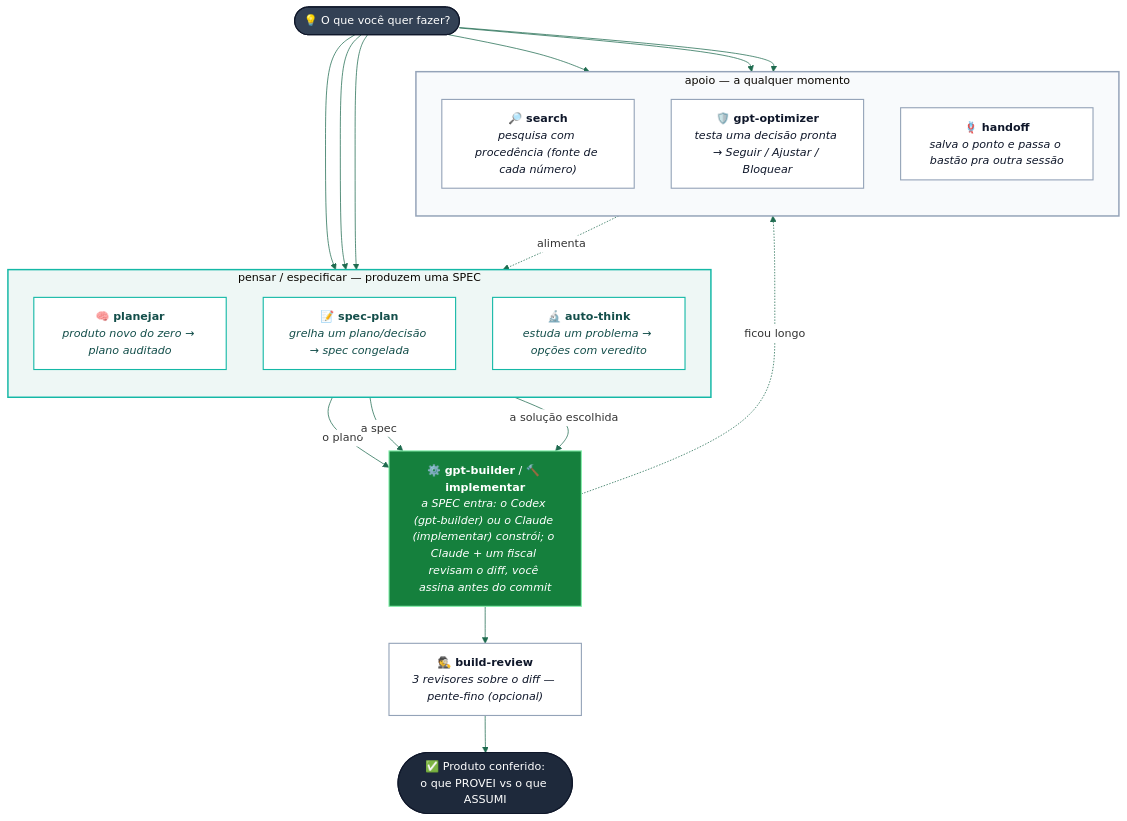
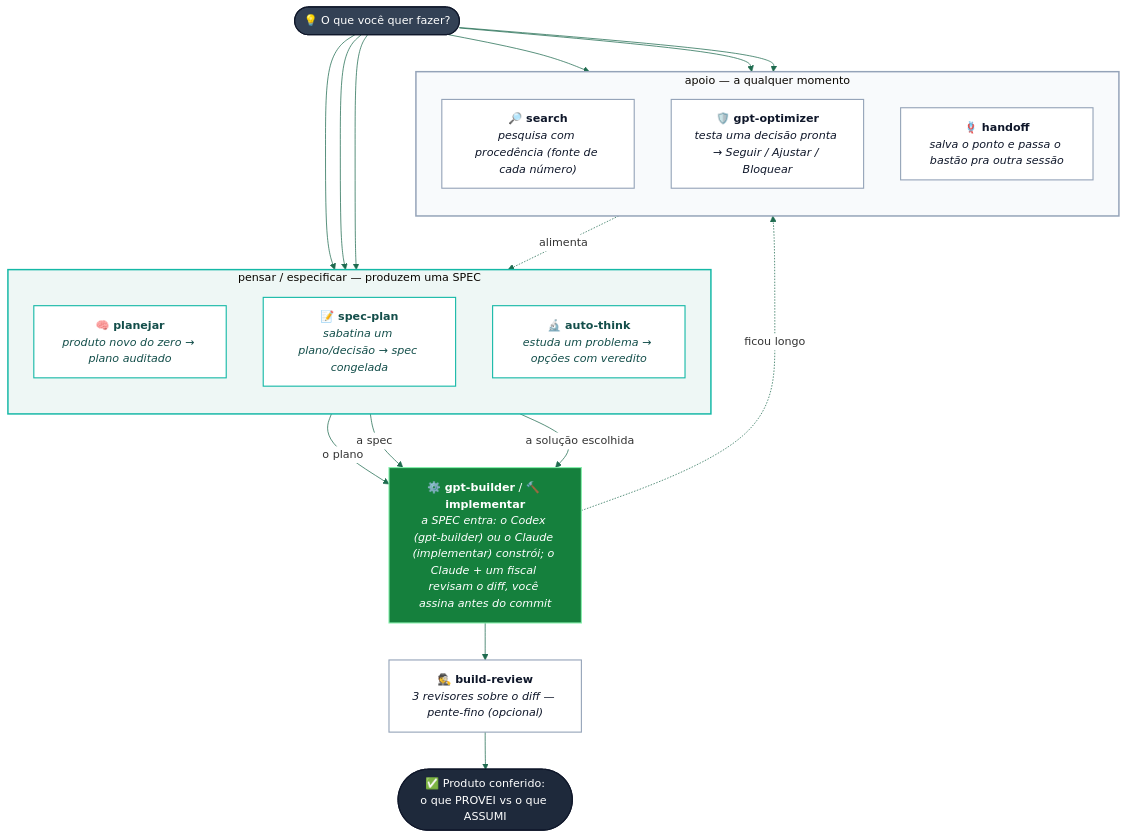
Before and after one commit to cassianodiniz/Titan: the diagram in README.md, drawn with Mermaid. The commit also changed other lines of this file and 9 other files, not shown here.

First line of the commit message:
Sincroniza spec-plan/implementar, remove legado "grelhar" e corrige docs (v2.3.0)

````diff
--- a/README.md
+++ b/README.md
@@ -91,49 +91,49 @@
 ```mermaid
 %%{init: {'theme':'base', 'themeVariables': {
   'fontSize':'15px',
   'fontFamily':'Helvetica, Arial, sans-serif',
   'lineColor':'#1f6b4f',
   'edgeLabelBackground':'#ffffff'
 }}}%%
 flowchart TD
     START(["💡 O que você quer fazer?"])
 
     subgraph PENSAR["pensar / especificar — produzem uma SPEC"]
         direction TB
         P["<b>🧠 planejar</b><br/><i>produto novo do zero → plano auditado</i>"]
-        SP["<b>📝 spec-plan</b><br/><i>grelha um plano/decisão → spec congelada</i>"]
+        SP["<b>📝 spec-plan</b><br/><i>sabatina um plano/decisão → spec congelada</i>"]
         AT["<b>🔬 auto-think</b><br/><i>estuda um problema → opções com veredito</i>"]
     end
 
     GB["<b>⚙️ gpt-builder</b> / <b>🔨 implementar</b><br/><i>a SPEC entra: o Codex (gpt-builder) ou o Claude (implementar) constrói; o Claude + um fiscal revisam o diff, você assina antes do commit</i>"]
 
     subgraph APOIO["apoio — a qualquer momento"]
         direction TB
         SE["<b>🔎 search</b><br/><i>pesquisa com procedência (fonte de cada número)</i>"]
         GO["<b>🛡️ gpt-optimizer</b><br/><i>testa uma decisão pronta → Seguir / Ajustar / Bloquear</i>"]
         HO["<b>🪢 handoff</b><br/><i>salva o ponto e passa o bastão pra outra sessão</i>"]
     end
 
     START --> P & SP & AT
     START --> SE & GO & HO
     P -->|"o plano"| GB
     SP -->|"a spec"| GB
     AT -->|"a solução escolhida"| GB
     GB --> BR["<b>🕵️ build-review</b><br/><i>3 revisores sobre o diff — pente-fino (opcional)</i>"]
     BR --> DONE(["✅ Produto conferido:<br/>o que PROVEI vs o que ASSUMI"])
     GB -. "ficou longo" .-> HO
     SE -. "alimenta" .-> PENSAR
 
     classDef think fill:#ffffff,color:#134e4a,stroke:#14b8a6,stroke-width:1.5px;
     classDef build fill:#15803d,color:#ffffff,stroke:#86efac,stroke-width:1.5px;
     classDef help fill:#ffffff,color:#0f172a,stroke:#94a3b8,stroke-width:1.5px;
     classDef start fill:#334155,color:#ffffff,stroke:#0f172a,stroke-width:1.5px;
     classDef fim fill:#1e293b,color:#ffffff,stroke:#0f172a,stroke-width:1.5px;
     class P,SP,AT think;
     class GB build;
     class SE,GO,HO,BR help;
     class START start;
     class DONE fim;
     style PENSAR fill:#eef7f5,stroke:#14b8a6,stroke-width:2px;
     style APOIO fill:#f8fafc,stroke:#94a3b8,stroke-width:2px;
 ```
````
